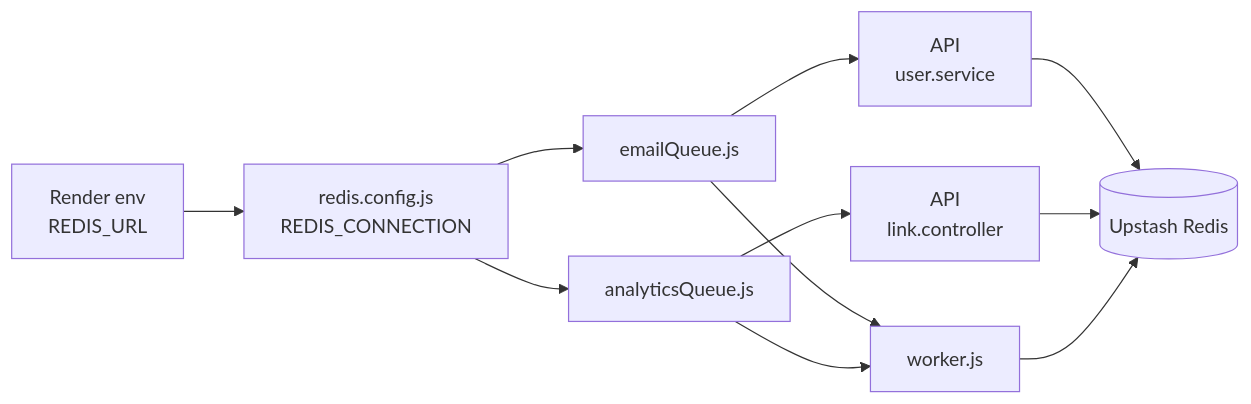
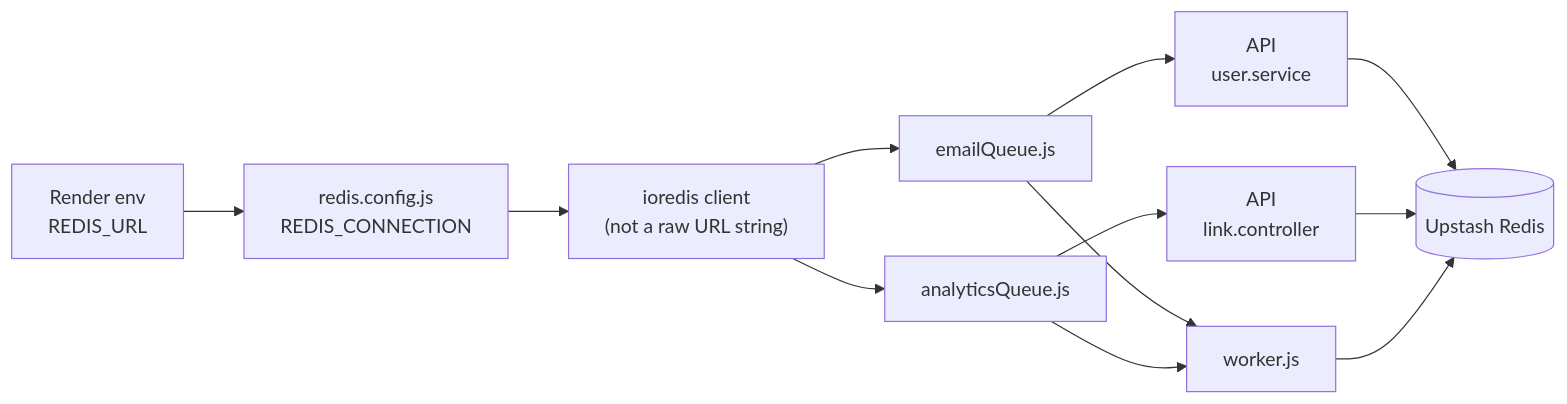
One commit to pratik9892/short_url changed the diagram in server/docs/redis-flow.md. Above: the diagram before and after it, drawn with Mermaid. The commit also changed 3 other files, not shown here.

Commit message:
fix: use ioredis client for BullMQ instead of raw REDIS_URL string

````diff
--- a/server/docs/redis-flow.md
+++ b/server/docs/redis-flow.md
@@ -5,13 +5,14 @@
 ```mermaid
 flowchart LR
   ENV["Render env\nREDIS_URL"] --> CFG["redis.config.js\nREDIS_CONNECTION"]
-  CFG --> Q1["emailQueue.js"]
-  CFG --> Q2["analyticsQueue.js"]
+  CFG --> IO["ioredis client\n(not a raw URL string)"]
+  IO --> Q1["emailQueue.js"]
+  IO --> Q2["analyticsQueue.js"]
   Q1 --> API["API\nuser.service"]
   Q2 --> API2["API\nlink.controller"]
   Q1 --> W["worker.js"]
   Q2 --> W
   API --> R[(Upstash Redis)]
   API2 --> R
   W --> R
 ```
````
